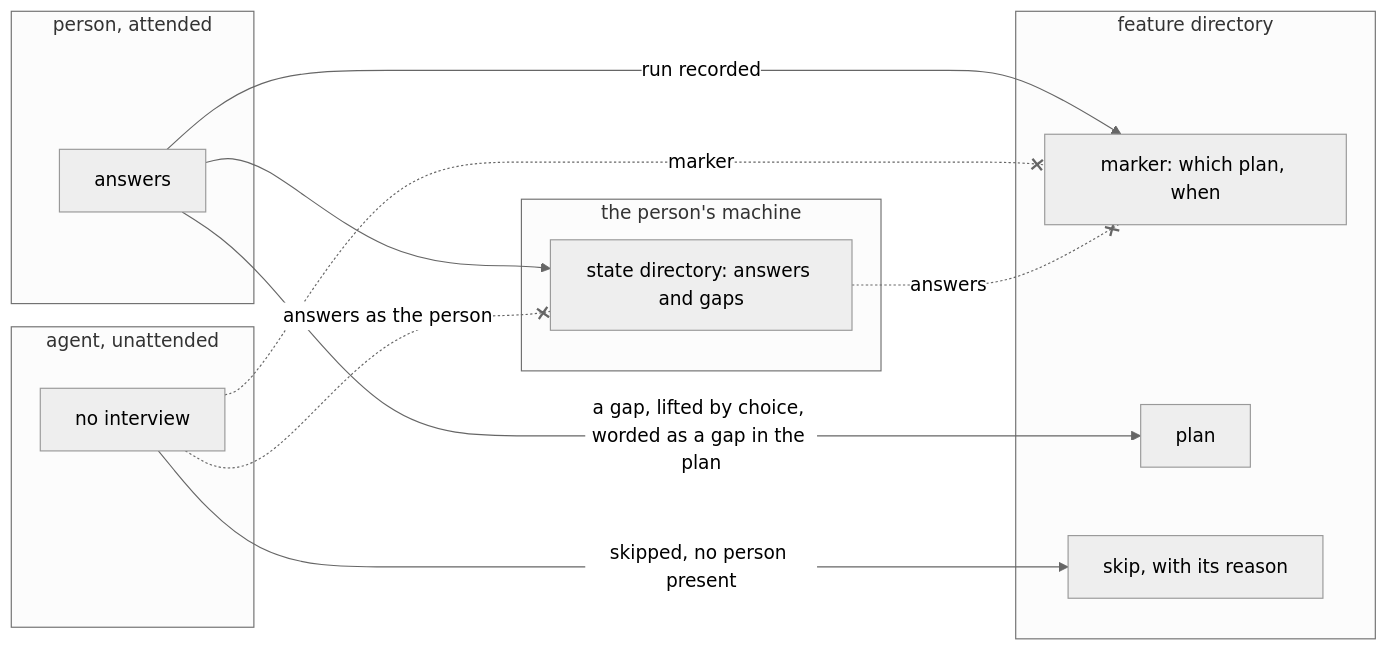
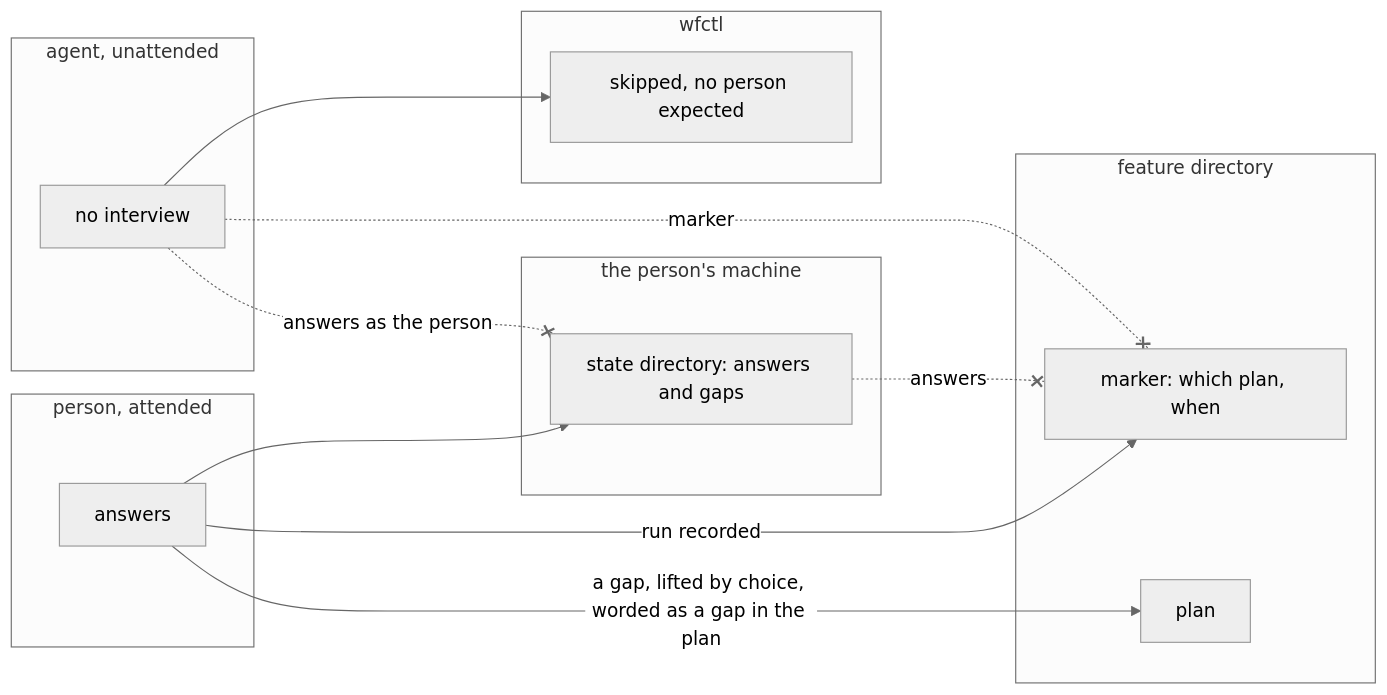
The diagram in docs/architecture/plan-defense-is-private.md (aamarin/wfctl), drawn with Mermaid (neutral theme) before and after one commit. The commit also changed other lines of this file and 2 other files, not shown here.

First line of the commit message:
docs(architecture): an unattended run skips a pass that needs a person by reading the approval mode (#500)

````diff
--- a/docs/architecture/plan-defense-is-private.md
+++ b/docs/architecture/plan-defense-is-private.md
@@ -79,24 +79,26 @@
 ```mermaid
 flowchart LR
     subgraph person["person, attended"]
         P["answers"]
     end
     subgraph machine["the person's machine"]
         S["state directory: answers and gaps"]
     end
     subgraph feature["feature directory"]
         M["marker: which plan, when"]
         PL["plan"]
-        K["skip, with its reason"]
+    end
+    subgraph wfctl["wfctl"]
+        K["skipped, no person expected"]
     end
     subgraph agent["agent, unattended"]
         A["no interview"]
     end
     P --> S
     P -- "run recorded" --> M
     P -- "a gap, lifted by choice, worded as a gap in the plan" --> PL
-    A -- "skipped, no person present" --> K
+    A --> K
     A -. "marker" .-x M
     S -. "answers" .-x M
     A -. "answers as the person" .-x S
 ```
````
